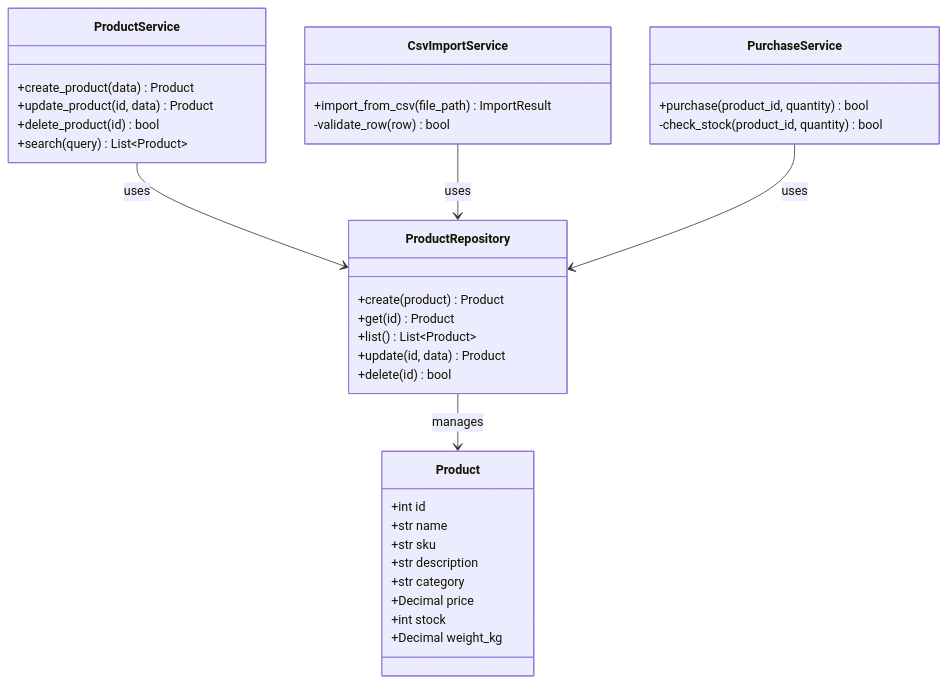
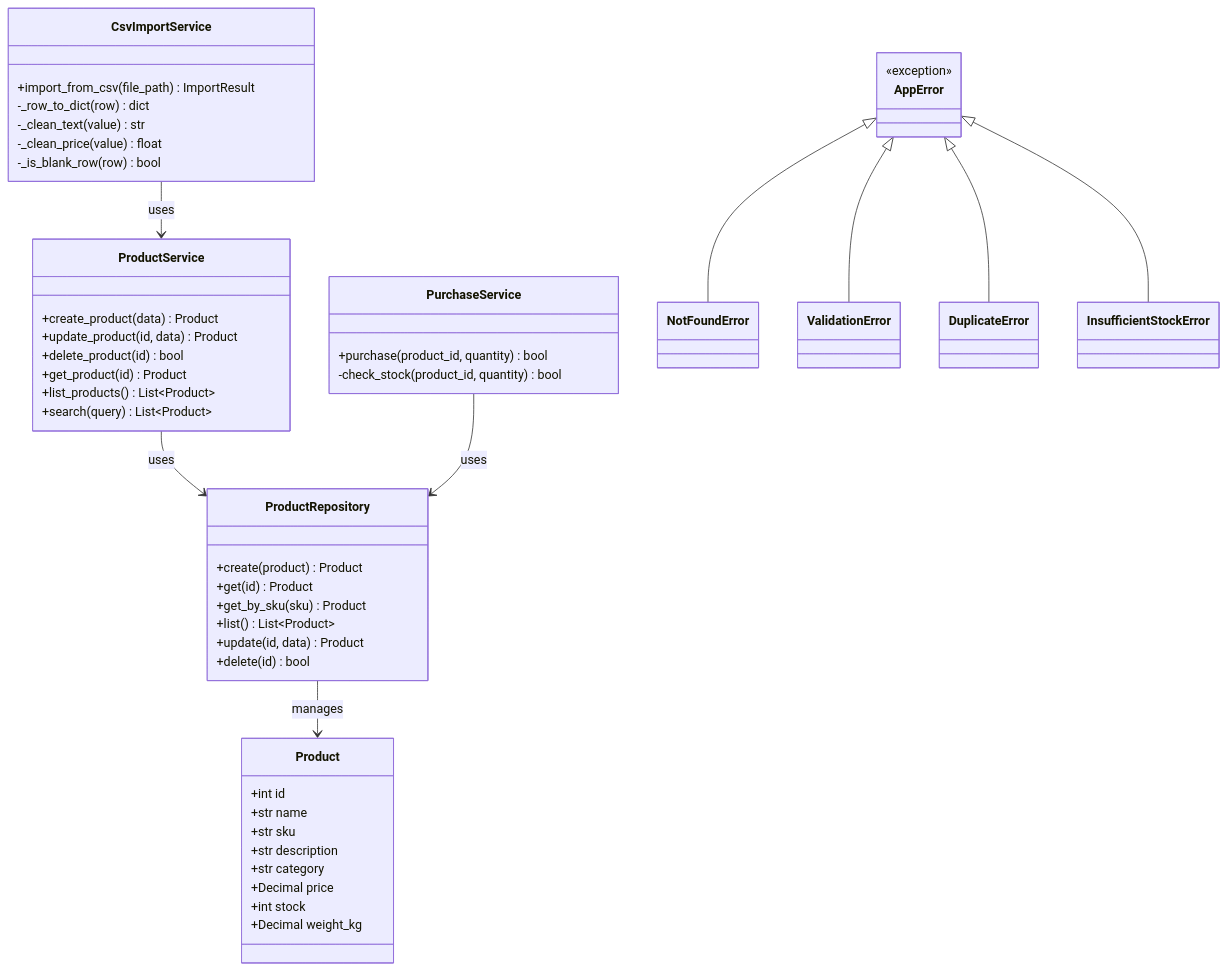
Before and after one commit to danuresti/ecommerce-challenge: the fourth of 4 diagrams in docs/Architecture.md, drawn with Mermaid. The commit also changed other lines of this file and 4 other files, not shown here.

First line of the commit message:
Add product service, CSV import, and exceptions

````diff
--- a/docs/Architecture.md
+++ b/docs/Architecture.md
@@ -75,43 +75,62 @@
 ```mermaid
 classDiagram
     class Product {
         +int id
         +str name
         +str sku
         +str description
         +str category
         +Decimal price
         +int stock
         +Decimal weight_kg
     }
 
     class ProductRepository {
         +create(product) Product
         +get(id) Product
+        +get_by_sku(sku) Product
         +list() List~Product~
         +update(id, data) Product
         +delete(id) bool
     }
 
     class ProductService {
         +create_product(data) Product
         +update_product(id, data) Product
         +delete_product(id) bool
+        +get_product(id) Product
+        +list_products() List~Product~
         +search(query) List~Product~
     }
 
     class CsvImportService {
         +import_from_csv(file_path) ImportResult
-        -validate_row(row) bool
+        -_row_to_dict(row) dict
+        -_clean_text(value) str
+        -_clean_price(value) float
+        -_is_blank_row(row) bool
     }
 
     class PurchaseService {
         +purchase(product_id, quantity) bool
         -check_stock(product_id, quantity) bool
     }
 
+    class AppError {
+        <<exception>>
+    }
+    class NotFoundError
+    class ValidationError
+    class DuplicateError
+    class InsufficientStockError
+
+    AppError <|-- NotFoundError
+    AppError <|-- ValidationError
+    AppError <|-- DuplicateError
+    AppError <|-- InsufficientStockError
+
     ProductService --> ProductRepository : uses
-    CsvImportService --> ProductRepository : uses
+    CsvImportService --> ProductService : uses
     PurchaseService --> ProductRepository : uses
     ProductRepository --> Product : manages
 ```
````
